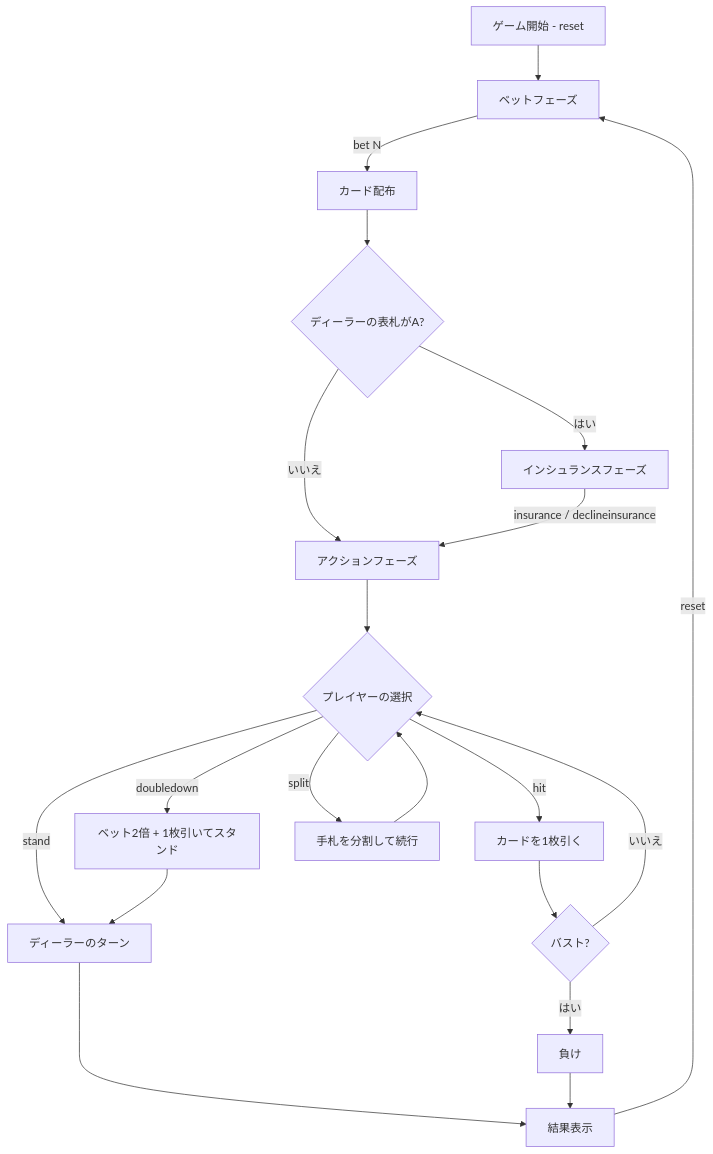
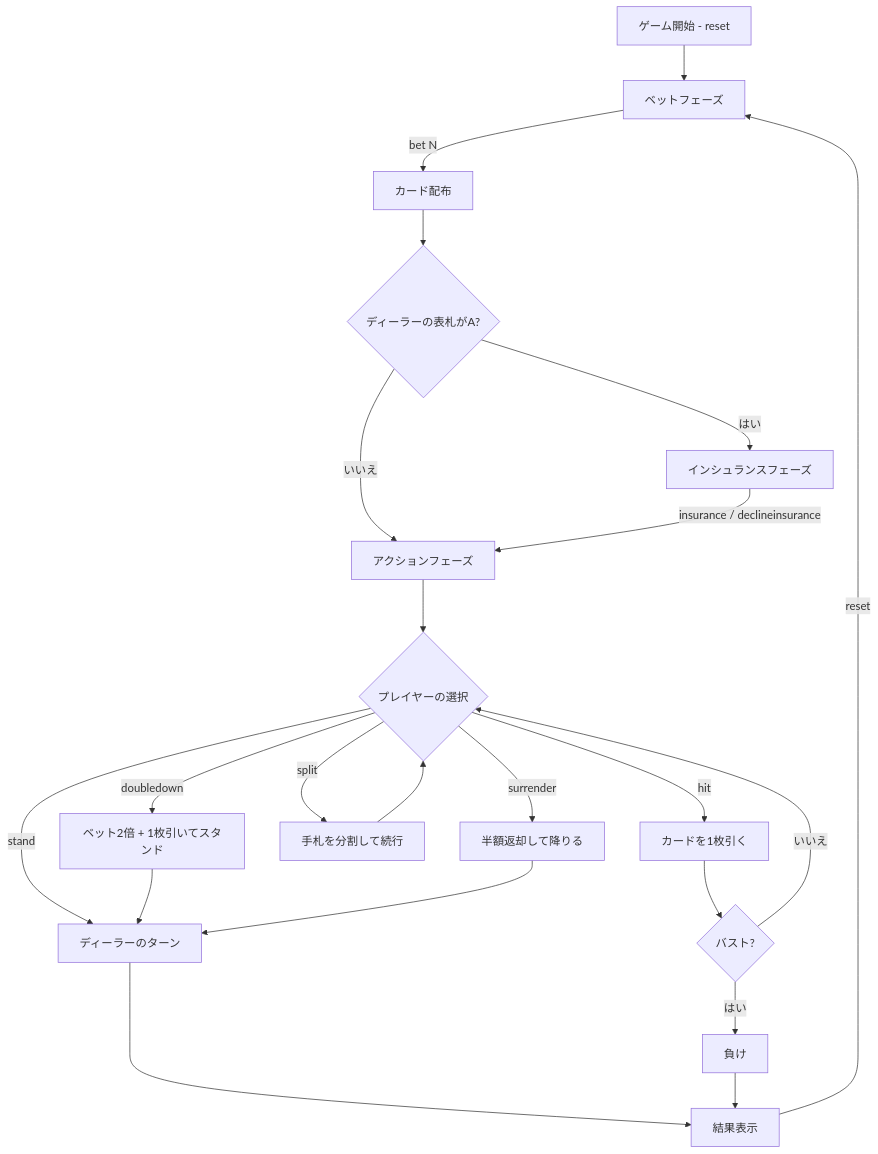
One commit to yuta-yoshinaga/go_trumpcards changed the diagram in docs/manual/cui/blackjack.md. Above: the diagram before and after it, drawn with Mermaid. The commit also changed other lines of this file and 28 other files, not shown here.

````diff
--- a/docs/manual/cui/blackjack.md
+++ b/docs/manual/cui/blackjack.md
@@ -38,22 +38,24 @@
 ```mermaid
 flowchart TD
     A[ゲーム開始 - reset] --> B[ベットフェーズ]
     B -->|bet N| C[カード配布]
     C --> D{ディーラーの表札がA?}
     D -->|はい| E[インシュランスフェーズ]
     D -->|いいえ| F[アクションフェーズ]
     E -->|insurance / declineinsurance| F
     F --> G{プレイヤーの選択}
     G -->|hit| H[カードを1枚引く]
     H --> I{バスト?}
     I -->|はい| J[負け]
     I -->|いいえ| G
     G -->|stand| K[ディーラーのターン]
     G -->|doubledown| L[ベット2倍 + 1枚引いてスタンド]
     L --> K
     G -->|split| M[手札を分割して続行]
     M --> G
+    G -->|surrender| O[半額返却して降りる]
+    O --> K
     K --> N[結果表示]
     J --> N
     N -->|reset| B
 ```
````
